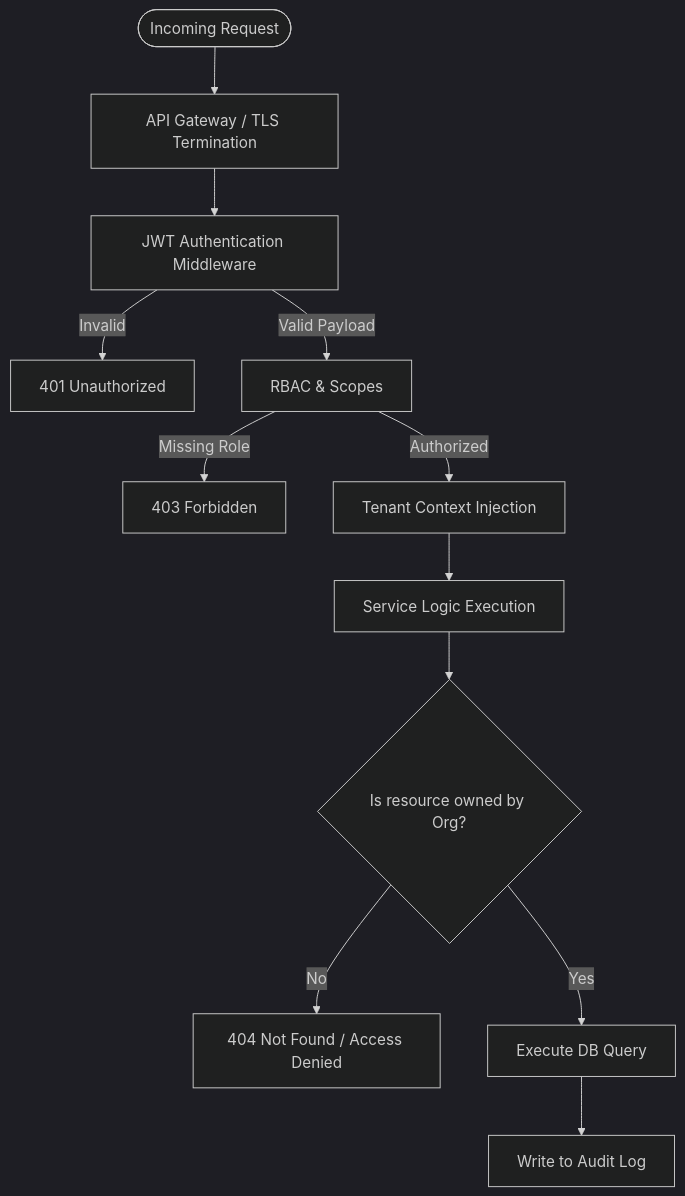
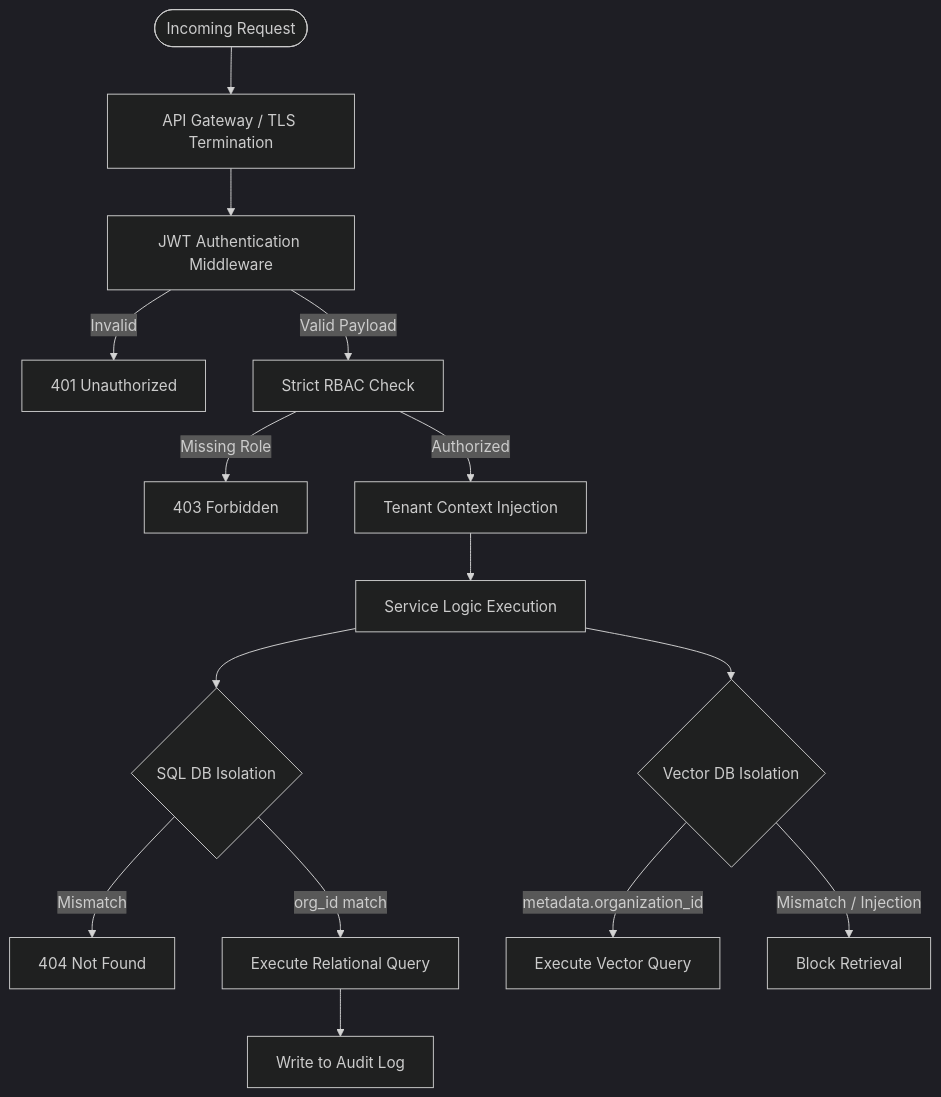
One commit to atharv0894/RATAN changed the diagram in docs/architecture/security.md. Above: the diagram before and after it, drawn with Mermaid (dark theme). The commit also changed other lines of this file and 1 other file, not shown here.

Commit message:
docs: update security and system architecture diagrams to reflect JWT-derived RBAC hardening and TiDB integration

````diff
--- a/docs/architecture/security.md
+++ b/docs/architecture/security.md
@@ -7,19 +7,23 @@
 ```mermaid
 graph TD
     Request([Incoming Request]) --> Gateway[API Gateway / TLS Termination]
     Gateway --> JWTMiddleware[JWT Authentication Middleware]
     
     JWTMiddleware --> |Invalid| 401[401 Unauthorized]
-    JWTMiddleware --> |Valid Payload| RBACMiddleware[RBAC & Scopes]
+    JWTMiddleware --> |Valid Payload| RBACMiddleware[Strict RBAC Check]
     
     RBACMiddleware --> |Missing Role| 403[403 Forbidden]
     RBACMiddleware --> |Authorized| TenantContext[Tenant Context Injection]
     
     TenantContext --> ServiceLayer[Service Logic Execution]
     
-    ServiceLayer --> TenantIsolation{Is resource owned by Org?}
-    TenantIsolation --> |No| 404[404 Not Found / Access Denied]
-    TenantIsolation --> |Yes| DB[Execute DB Query]
+    ServiceLayer --> SQLIsolation{SQL DB Isolation}
+    SQLIsolation --> |org_id match| DB[Execute Relational Query]
+    SQLIsolation --> |Mismatch| 404[404 Not Found]
+    
+    ServiceLayer --> VectorIsolation{Vector DB Isolation}
+    VectorIsolation --> |metadata.organization_id| Qdrant[Execute Vector Query]
+    VectorIsolation --> |Mismatch / Injection| 403_Vector[Block Retrieval]
     
     DB --> AuditLog[Write to Audit Log]
 ```
````
